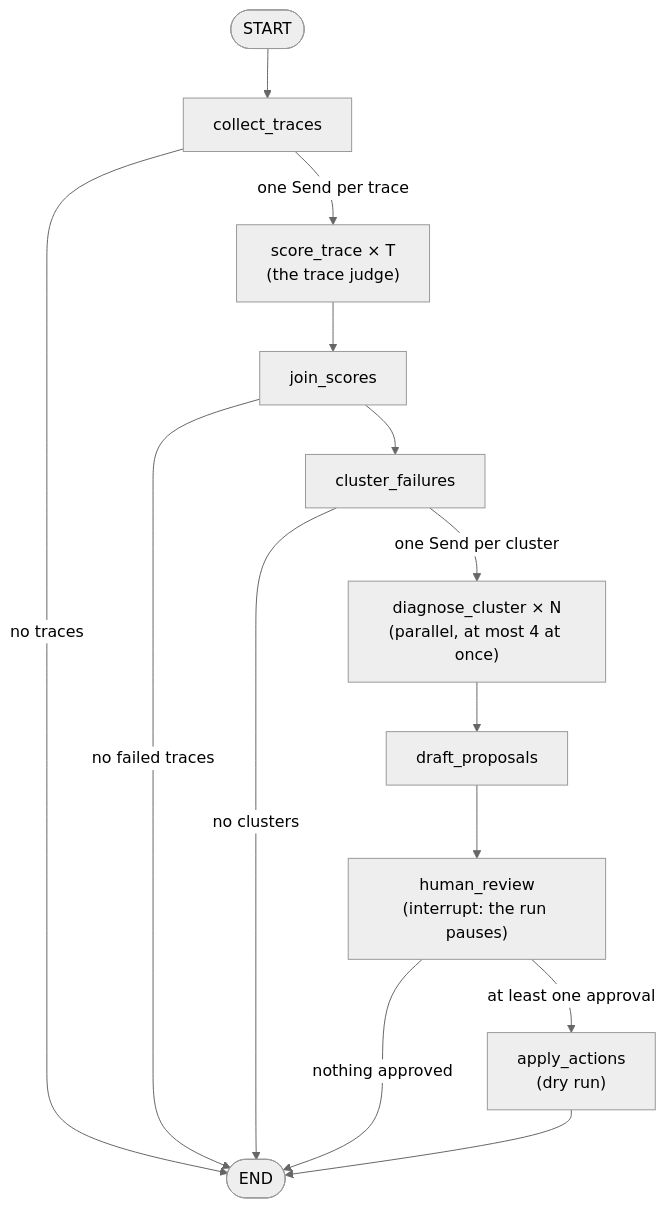
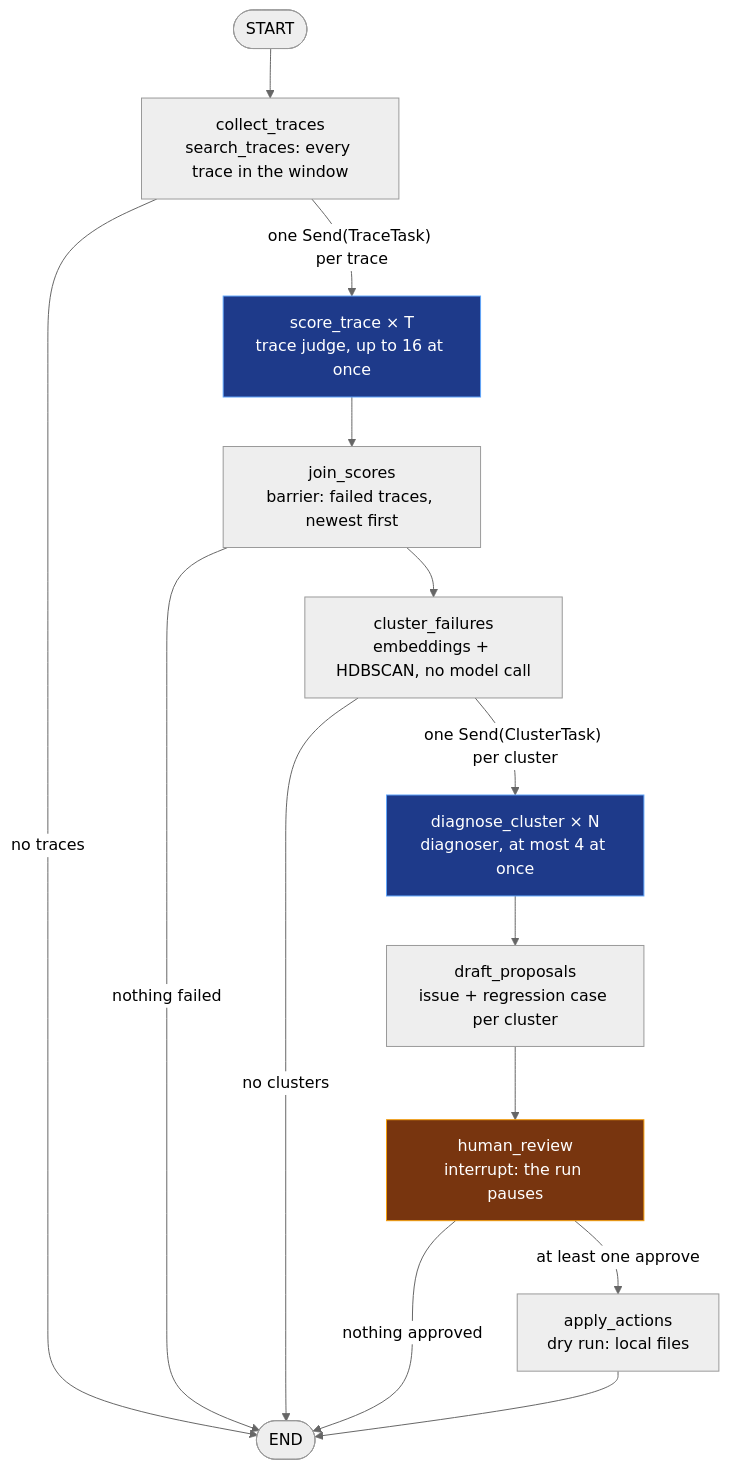
Before and after one commit to Nelev/tracescan: the fourth of 6 diagrams in README.md, drawn with Mermaid (neutral theme). The commit also changed other lines of this file, not shown here.

First line of the commit message:
docs: rewrite the README for the current architecture

````diff
--- a/README.md
+++ b/README.md
@@ -228,16 +279,21 @@
 ```mermaid
 flowchart TD
-    start([START]) --> collect[collect_traces]
+    start([START]) --> collect["collect_traces<br/>search_traces: every trace in the window"]
     collect -- "no traces" --> stop([END])
-    collect -- "one Send per trace" --> judge["score_trace × T<br/>(the trace judge)"]
-    judge --> joins[join_scores]
-    joins -- "no failed traces" --> stop
-    joins --> cluster[cluster_failures]
+    collect -- "one Send(TraceTask) per trace" --> judge["score_trace × T<br/>trace judge, up to 16 at once"]
+    judge --> joins["join_scores<br/>barrier: failed traces, newest first"]
+    joins -- "nothing failed" --> stop
+    joins --> cluster["cluster_failures<br/>embeddings + HDBSCAN, no model call"]
     cluster -- "no clusters" --> stop
-    cluster -- "one Send per cluster" --> diagnose["diagnose_cluster × N<br/>(parallel, at most 4 at once)"]
-    diagnose --> draft[draft_proposals]
-    draft --> review["human_review<br/>(interrupt: the run pauses)"]
+    cluster -- "one Send(ClusterTask) per cluster" --> diagnose["diagnose_cluster × N<br/>diagnoser, at most 4 at once"]
+    diagnose --> draft["draft_proposals<br/>issue + regression case per cluster"]
+    draft --> review["human_review<br/>interrupt: the run pauses"]
     review -- "nothing approved" --> stop
-    review -- "at least one approval" --> apply["apply_actions<br/>(dry run)"]
+    review -- "at least one approve" --> apply["apply_actions<br/>dry run: local files"]
     apply --> stop
+
+    classDef llm fill:#1e3a8a,stroke:#60a5fa,color:#fff
+    classDef human fill:#78350f,stroke:#f59e0b,color:#fff
+    class judge,diagnose llm
+    class review human
 ```
````
